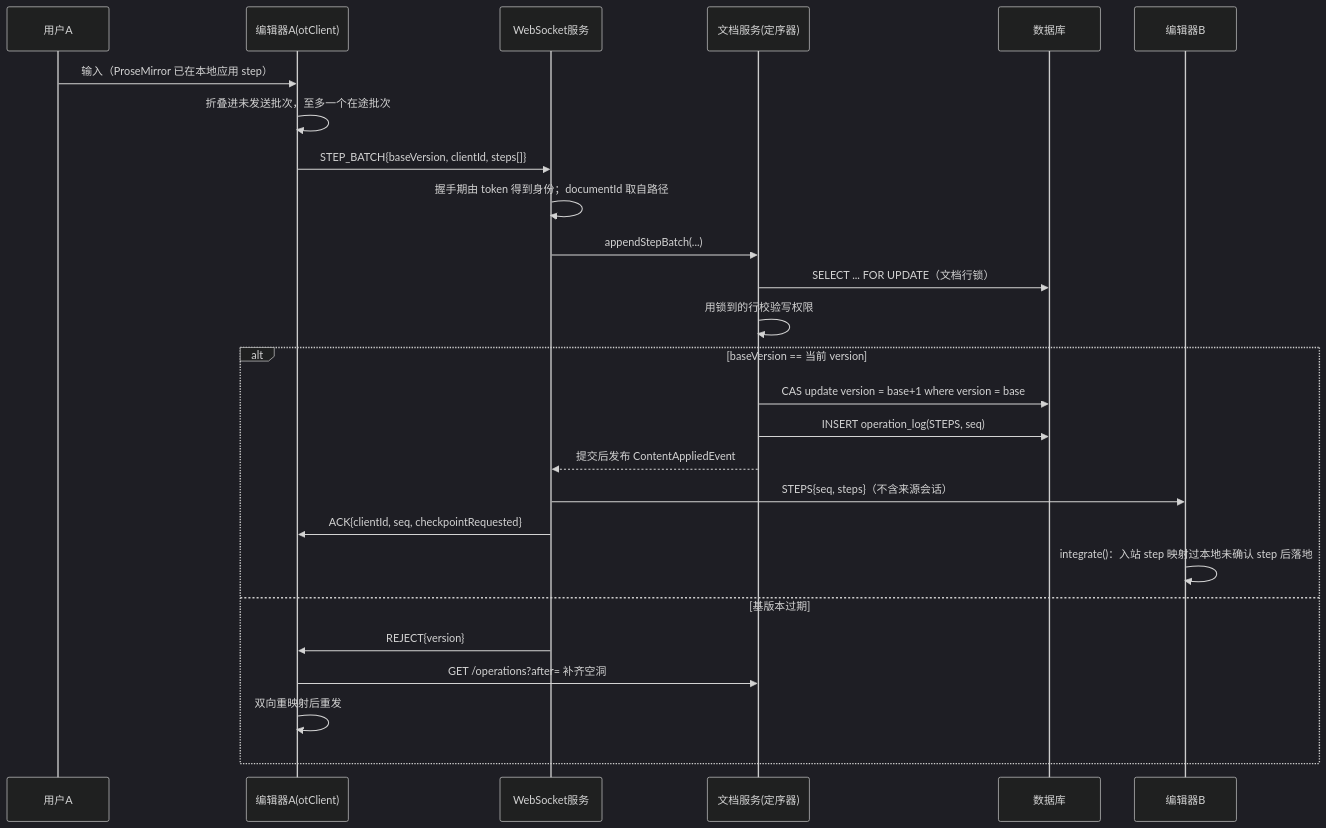
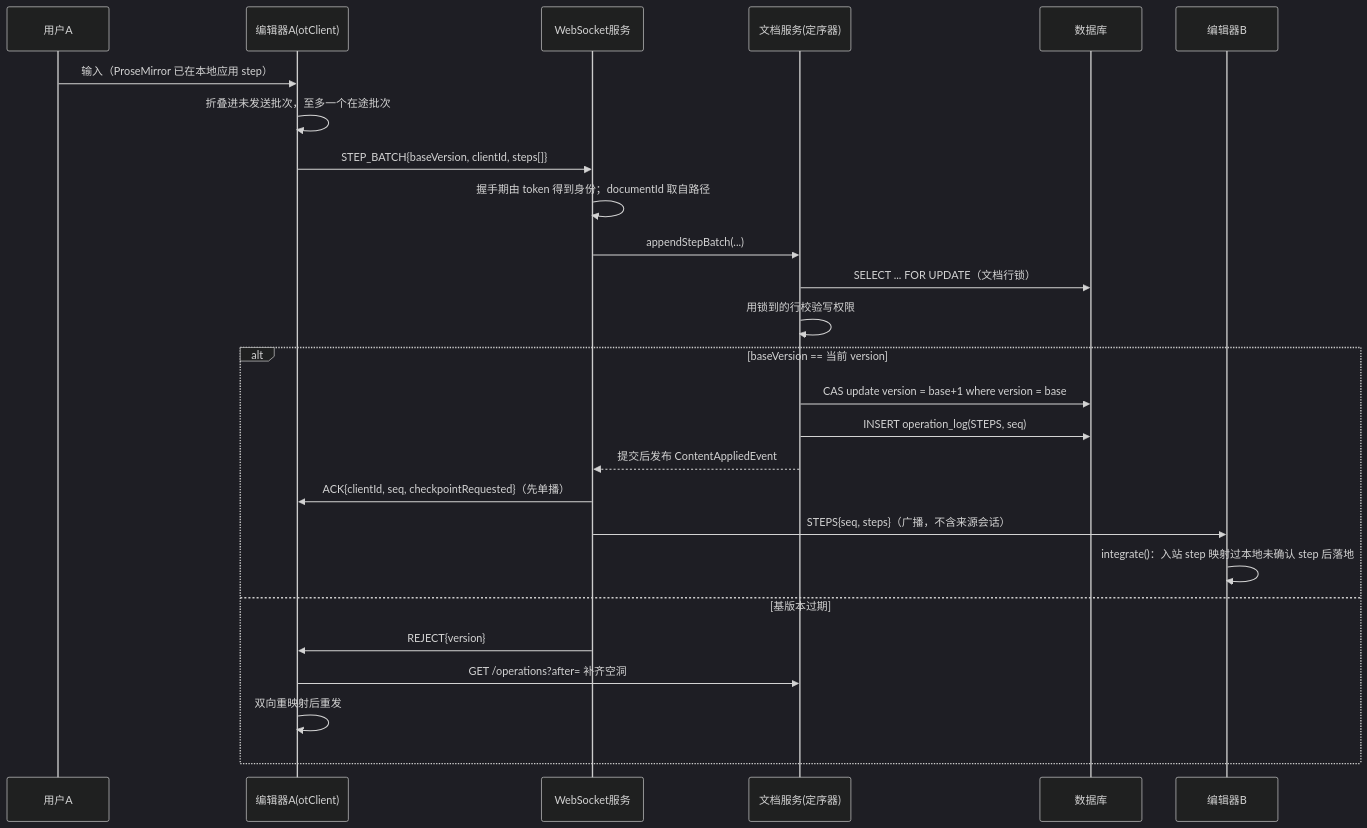
The third of 10 diagrams in 系统模式结构图.md (sky8791-flash/project-design), drawn with Mermaid (dark theme) before and after one commit. The commit also changed other lines of this file and 11 other files, not shown here.

````diff
--- a/系统模式结构图.md
+++ b/系统模式结构图.md
@@ -97,29 +111,29 @@
 ```mermaid
 sequenceDiagram
     participant User as 用户A
     participant EdA as 编辑器A(otClient)
     participant WS as WebSocket服务
     participant Svc as 文档服务(定序器)
     participant DB as 数据库
     participant EdB as 编辑器B
 
     User->>EdA: 输入（ProseMirror 已在本地应用 step）
     EdA->>EdA: 折叠进未发送批次，至多一个在途批次
     EdA->>WS: STEP_BATCH{baseVersion, clientId, steps[]}
     WS->>WS: 握手期由 token 得到身份；documentId 取自路径
     WS->>Svc: appendStepBatch(...)
     Svc->>DB: SELECT ... FOR UPDATE（文档行锁）
     Svc->>Svc: 用锁到的行校验写权限
     alt baseVersion == 当前 version
         Svc->>DB: CAS update version = base+1 where version = base
         Svc->>DB: INSERT operation_log(STEPS, seq)
         Svc-->>WS: 提交后发布 ContentAppliedEvent
-        WS->>EdB: STEPS{seq, steps}（不含来源会话）
-        WS->>EdA: ACK{clientId, seq, checkpointRequested}
+        WS->>EdA: ACK{clientId, seq, checkpointRequested}（先单播）
+        WS->>EdB: STEPS{seq, steps}（广播，不含来源会话）
         EdB->>EdB: integrate()：入站 step 映射过本地未确认 step 后落地
     else 基版本过期
         WS->>EdA: REJECT{version}
         EdA->>Svc: GET /operations?after= 补齐空洞
         EdA->>EdA: 双向重映射后重发
     end
 ```
````
